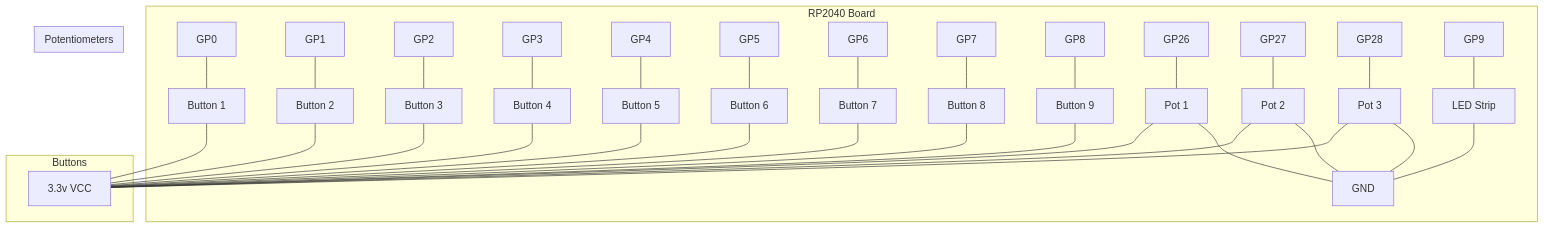
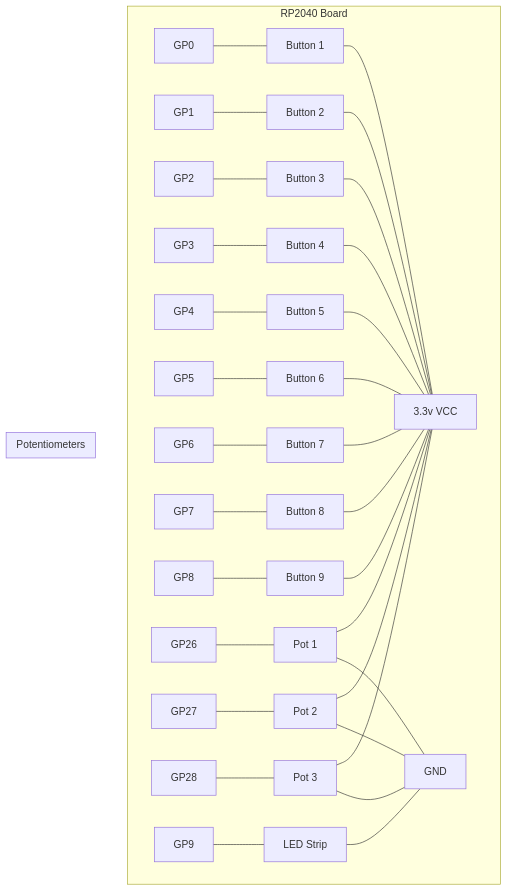
The diagram in README.md (kaa-serpent/MIDIgnon), drawn with Mermaid before and after one commit.

````diff
--- a/README.md
+++ b/README.md
@@ -39,44 +39,32 @@
 ```mermaid
 graph TD
     subgraph RP2040 Board
-        GP0 --- B1[Button 1]
-        GP1 --- B2[Button 2]
-        GP2 --- B3[Button 3]
-        GP3 --- B4[Button 4]
-        GP4 --- B5[Button 5]
-        GP5 --- B6[Button 6]
-        GP6 --- B7[Button 7]
-        GP7 --- B8[Button 8]
-        GP8 --- B9[Button 9]
+        GP0 --- B1[Button 1] --- VCC[3.3v VCC]
+        GP1 --- B2[Button 2] --- VCC[3.3v VCC]
+        GP2 --- B3[Button 3] --- VCC[3.3v VCC]
+        GP3 --- B4[Button 4] --- VCC[3.3v VCC]
+        GP4 --- B5[Button 5] --- VCC[3.3v VCC]
+        GP5 --- B6[Button 6] --- VCC[3.3v VCC]
+        GP6 --- B7[Button 7] --- VCC[3.3v VCC]
+        GP7 --- B8[Button 8] --- VCC[3.3v VCC]
+        GP8 --- B9[Button 9] --- VCC[3.3v VCC]
 
         GP26 --- P1[Pot 1]
         GP27 --- P2[Pot 2]
         GP28 --- P3[Pot 3]
 
         GP9 --- LED[LED Strip] --- GND
         
         
-    end
-
-    subgraph Buttons
-        B1 --- VCC[3.3v VCC]
-        B2 --- VCC[3.3v VCC]
-        B3 --- VCC[3.3v VCC]
-        B4 --- VCC[3.3v VCC]
-        B5 --- VCC[3.3v VCC]
-        B6 --- VCC[3.3v VCC]
-        B7 --- VCC[3.3v VCC]
-        B8 --- VCC[3.3v VCC]
-        B9 --- VCC[3.3v VCC]
     end
 
     subgraph Potentiometers
         P1 --- VCC[3.3v VCC]
         P2 --- VCC[3.3v VCC]
         P3 --- VCC[3.3v VCC]
         P1 --- GND
         P2 --- GND
         P3 --- GND
     end
 
 ```
````
